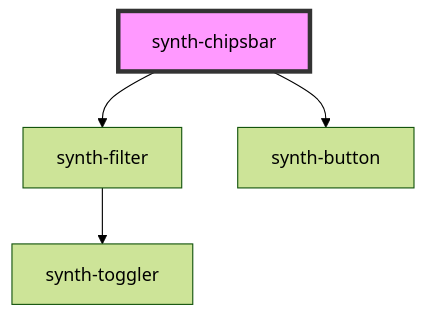
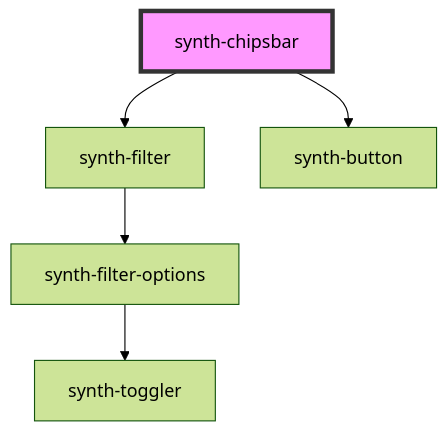
The diagram in packages/synth-components/src/components/chipsbar/readme.md (adrianiy/synth-ui), drawn with Mermaid (forest theme) before and after one commit. The commit also changed 17 other files, not shown here.

````diff
--- a/packages/synth-components/src/components/chipsbar/readme.md
+++ b/packages/synth-components/src/components/chipsbar/readme.md
@@ -34,7 +34,8 @@
 ```mermaid
 graph TD;
   synth-chipsbar --> synth-filter
   synth-chipsbar --> synth-button
-  synth-filter --> synth-toggler
+  synth-filter --> synth-filter-options
+  synth-filter-options --> synth-toggler
   style synth-chipsbar fill:#f9f,stroke:#333,stroke-width:4px
 ```
````
